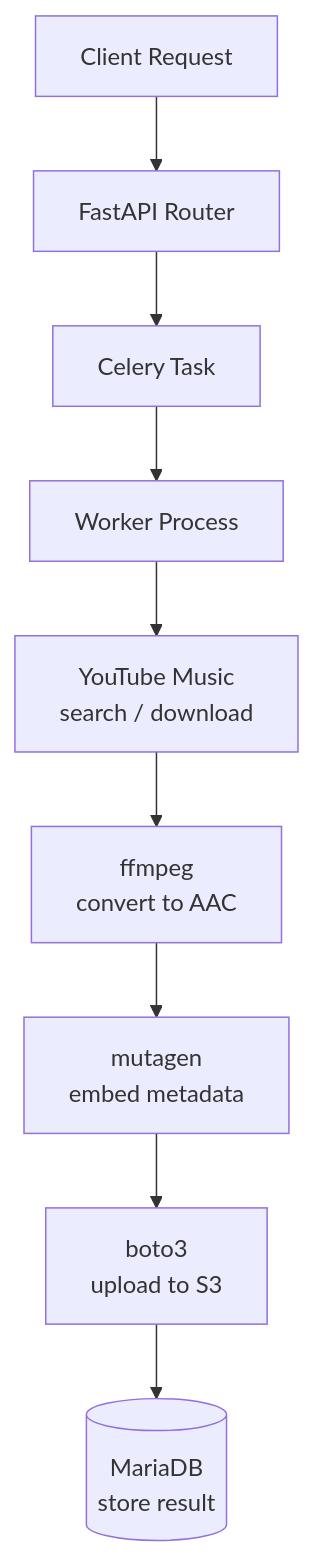
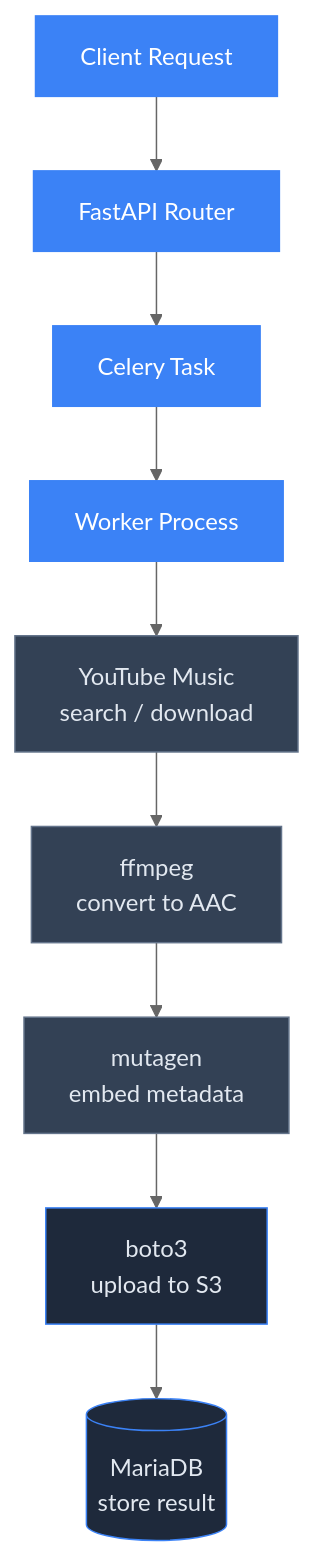
One commit to Tomifarmer/zimmporter-stack-doc changed the diagram in docs/api/architecture.md. Above: the diagram before and after it, drawn with Mermaid. The commit also changed 1 other file, not shown here.

Commit message:
Update color scheme

````diff
--- a/docs/api/architecture.md
+++ b/docs/api/architecture.md
@@ -5,11 +5,21 @@
 ```mermaid
+%%{init: {'theme': 'neutral', 'themeVariables': {'background': '#ffffff'}}}%%
 graph TD
+  classDef primary fill:#3b82f6,stroke:#3b82f6,color:#fff
+  classDef accent fill:#40e0d0,stroke:#40e0d0,color:#000
+  classDef storage fill:#1e293b,stroke:#3b82f6,color:#e2e8f0
+  classDef external fill:#334155,stroke:#64748b,color:#e2e8f0
+
   CR[Client Request] --> R[FastAPI Router]
   R --> CT[Celery Task]
   CT --> WP[Worker Process]
   WP --> YT[YouTube Music<br/>search / download]
   YT --> FF[ffmpeg<br/>convert to AAC]
   FF --> MT[mutagen<br/>embed metadata]
   MT --> S3[boto3<br/>upload to S3]
   S3 --> DB[(MariaDB<br/>store result)]
+
+  class CR,R,CT,WP primary
+  class YT,FF,MT external
+  class S3,DB storage
 ```
````
